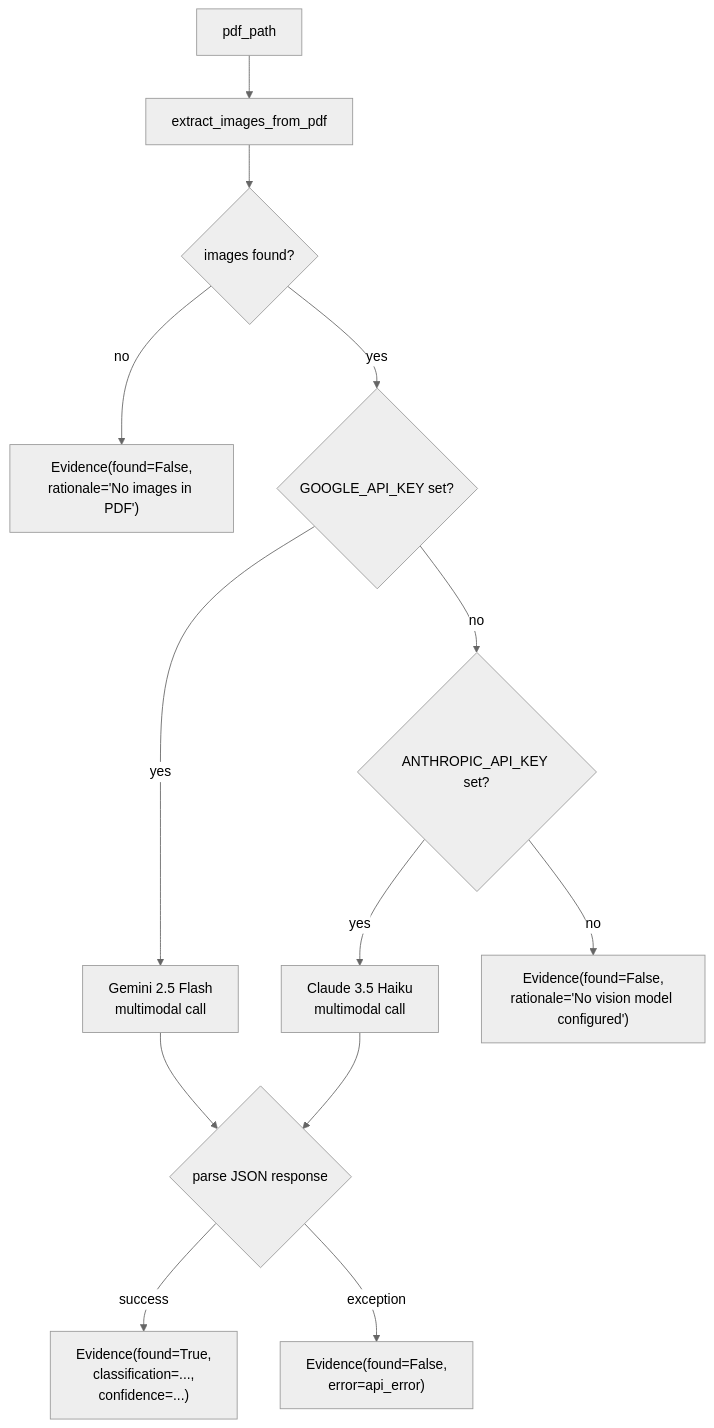
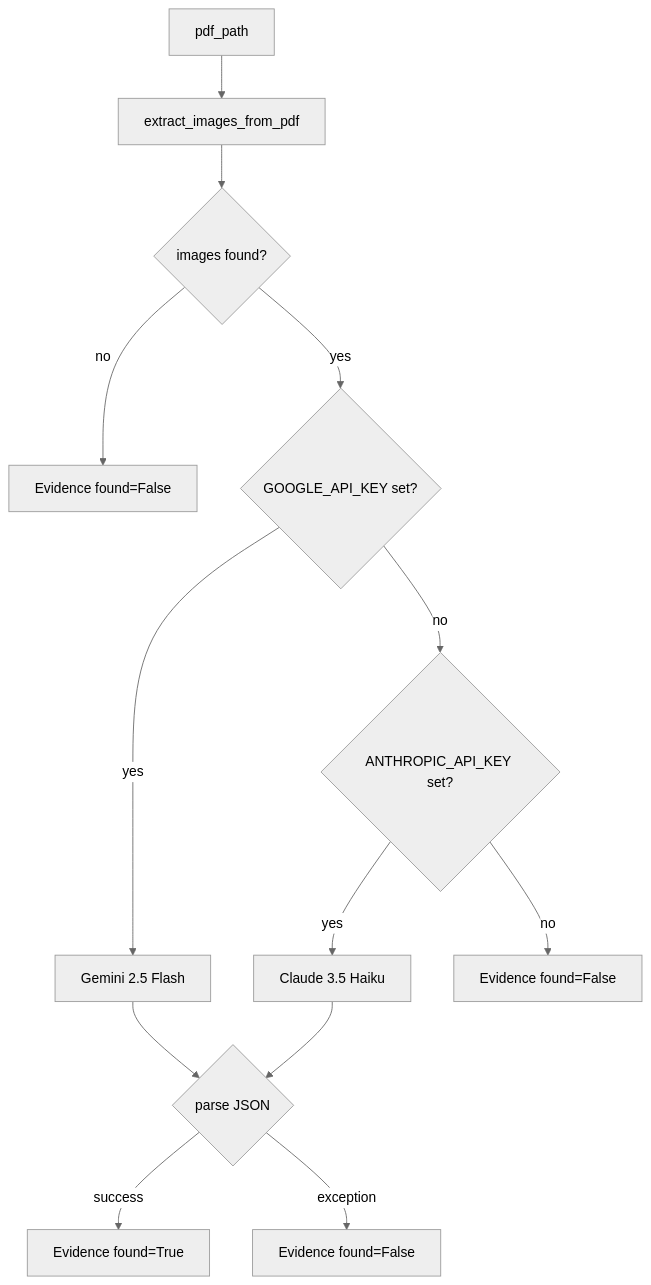
One commit to NebiyouBelaineh/LangGraph-Automation-Auditor changed the fifth of 10 diagrams in reports/final_report.md. Above: the diagram before and after it, drawn with Mermaid (neutral theme). The commit also changed other lines of this file and 1 other file, not shown here.

````diff
--- a/reports/final_report.md
+++ b/reports/final_report.md
@@ -317,15 +332,15 @@
 ```mermaid
 flowchart TD
     A[pdf_path] --> B[extract_images_from_pdf]
     B --> C{images found?}
-    C -->|no| D["Evidence(found=False,\nrationale='No images in PDF')"]
+    C -->|no| D[Evidence found=False]
     C -->|yes| E{GOOGLE_API_KEY set?}
-    E -->|yes| F[Gemini 2.5 Flash\nmultimodal call]
+    E -->|yes| F[Gemini 2.5 Flash]
     E -->|no| G{ANTHROPIC_API_KEY set?}
-    G -->|yes| H[Claude 3.5 Haiku\nmultimodal call]
-    G -->|no| I["Evidence(found=False,\nrationale='No vision model configured')"]
-    F --> J{parse JSON response}
+    G -->|yes| H[Claude 3.5 Haiku]
+    G -->|no| I[Evidence found=False]
+    F --> J{parse JSON}
     H --> J
-    J -->|success| K["Evidence(found=True,\nclassification=...,\nconfidence=...)"]
-    J -->|exception| L["Evidence(found=False,\nerror=api_error)"]
+    J -->|success| K[Evidence found=True]
+    J -->|exception| L[Evidence found=False]
 ```
````
